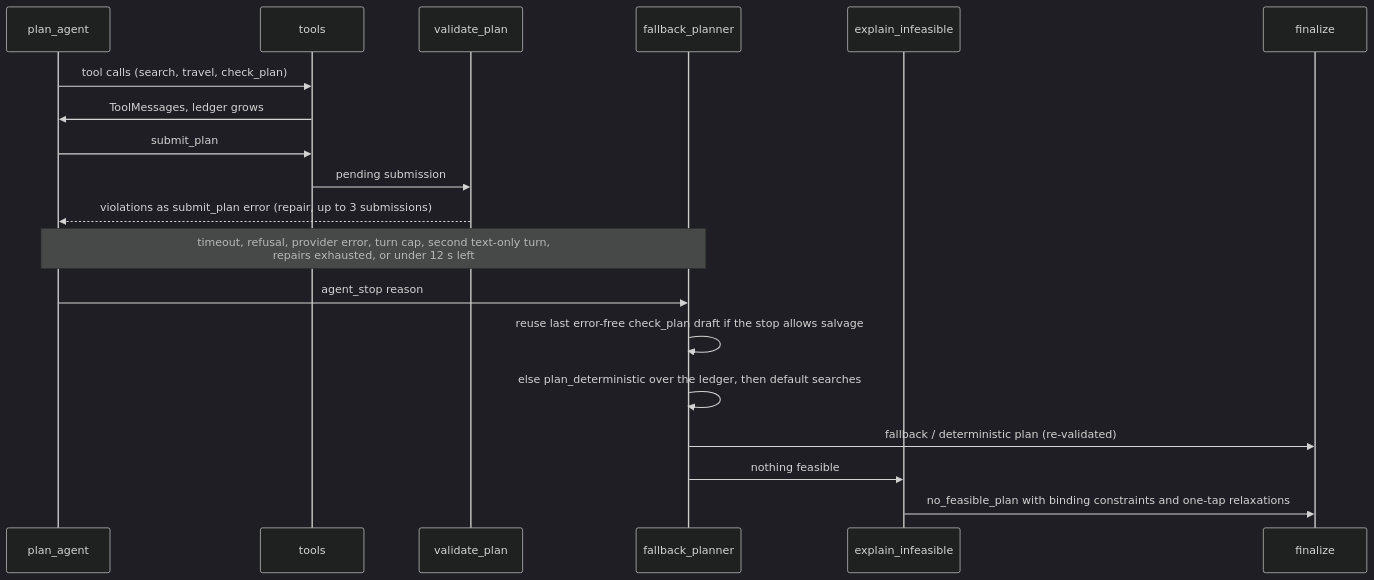
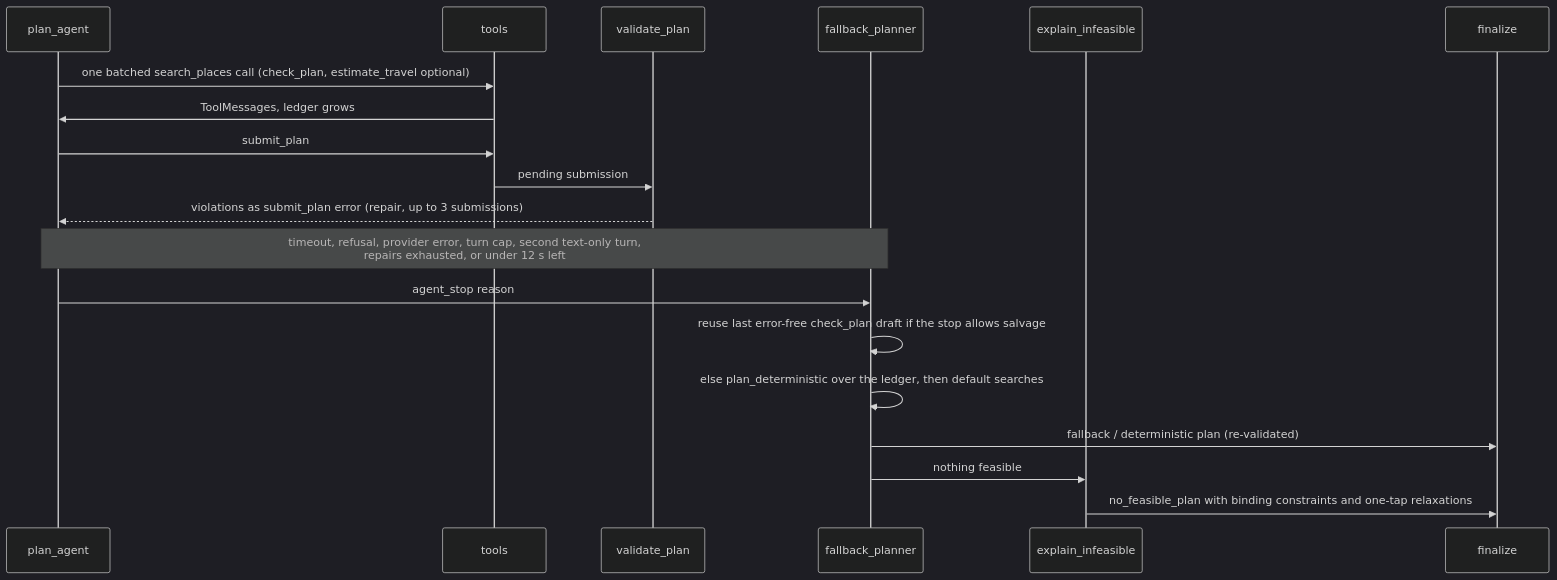
Before and after one commit to Vatsalya001/itinerary_planner: the fourth of 6 diagrams in docs/HLD.md, drawn with Mermaid (dark theme). The commit also changed other lines of this file and 2 other files, not shown here.

First line of the commit message:
Docs: production models, batched tools, rate limiting and eval marking

````diff
--- a/docs/HLD.md
+++ b/docs/HLD.md
@@ -139,21 +139,21 @@
 ```mermaid
 sequenceDiagram
     participant G as plan_agent
     participant T as tools
     participant V as validate_plan
     participant F as fallback_planner
     participant X as explain_infeasible
     participant Z as finalize
-    G->>T: tool calls (search, travel, check_plan)
+    G->>T: one batched search_places call (check_plan, estimate_travel optional)
     T->>G: ToolMessages, ledger grows
     G->>T: submit_plan
     T->>V: pending submission
     V-->>G: violations as submit_plan error (repair, up to 3 submissions)
     Note over G,F: timeout, refusal, provider error, turn cap, second text-only turn,<br/>repairs exhausted, or under 12 s left
     G->>F: agent_stop reason
     F->>F: reuse last error-free check_plan draft if the stop allows salvage
     F->>F: else plan_deterministic over the ledger, then default searches
     F->>Z: fallback / deterministic plan (re-validated)
     F->>X: nothing feasible
     X->>Z: no_feasible_plan with binding constraints and one-tap relaxations
 ```
````
